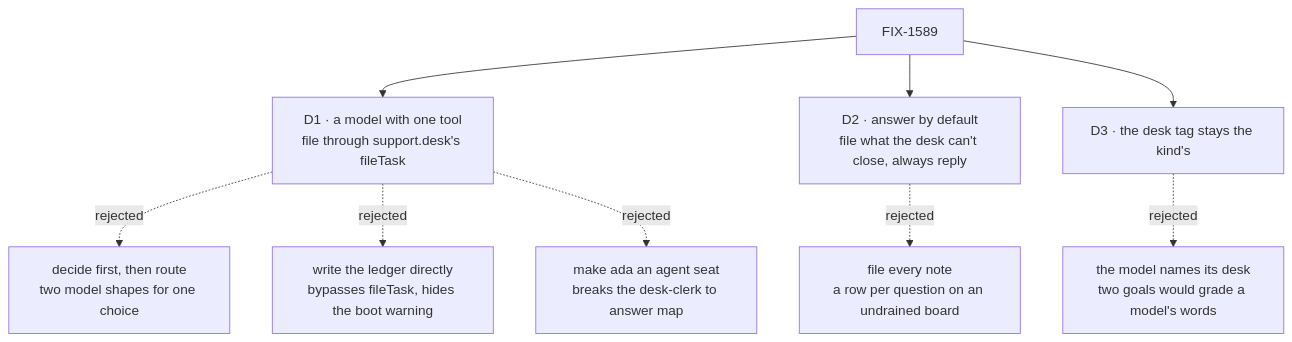
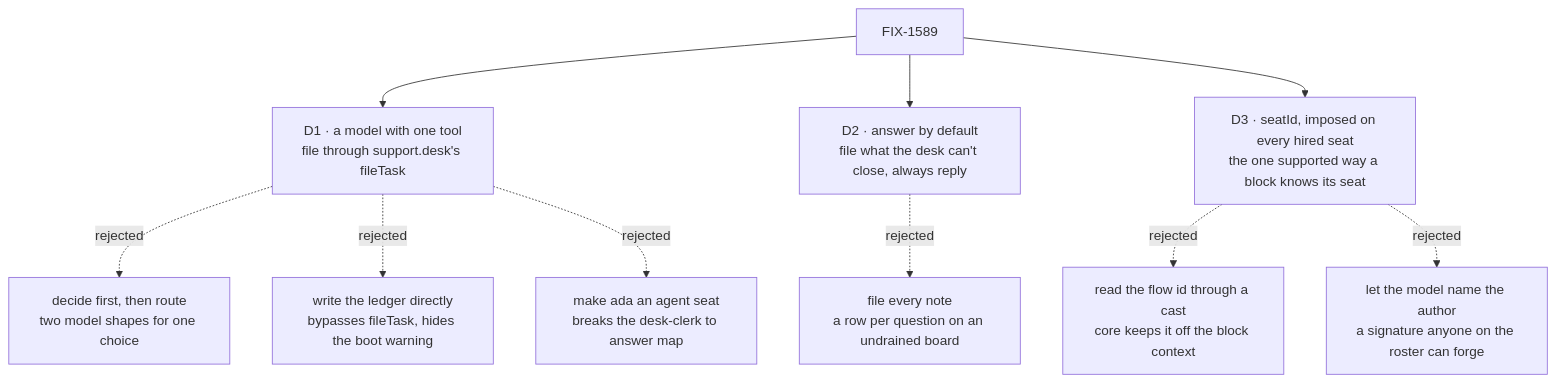
One commit to fixpoint-labs/flow-state-dev changed the diagram in specs/issues/FIX-1589/DECISIONS.md. Above: the diagram before and after it, drawn with Mermaid. The commit also changed other lines of this file and 6 other files, not shown here.

````diff
--- a/specs/issues/FIX-1589/DECISIONS.md
+++ b/specs/issues/FIX-1589/DECISIONS.md
@@ -10,11 +10,12 @@
 ```mermaid
 flowchart TD
   I["FIX-1589"] --> D1["D1 · a model with one tool<br/>file through support.desk's fileTask"]
   D1 -.->|"rejected"| X1a["decide first, then route<br/>two model shapes for one choice"]
   D1 -.->|"rejected"| X1b["write the ledger directly<br/>bypasses fileTask, hides the boot warning"]
   D1 -.->|"rejected"| X1c["make ada an agent seat<br/>breaks the desk-clerk to answer map"]
   I --> D2["D2 · answer by default<br/>file what the desk can't close, always reply"]
   D2 -.->|"rejected"| X2["file every note<br/>a row per question on an undrained board"]
-  I --> D3["D3 · the desk tag stays the kind's"]
-  D3 -.->|"rejected"| X3["the model names its desk<br/>two goals would grade a model's words"]
+  I --> D3["D3 · seatId, imposed on every hired seat<br/>the one supported way a block knows its seat"]
+  D3 -.->|"rejected"| X3a["read the flow id through a cast<br/>core keeps it off the block context"]
+  D3 -.->|"rejected"| X3b["let the model name the author<br/>a signature anyone on the roster can forge"]
 ```
````
